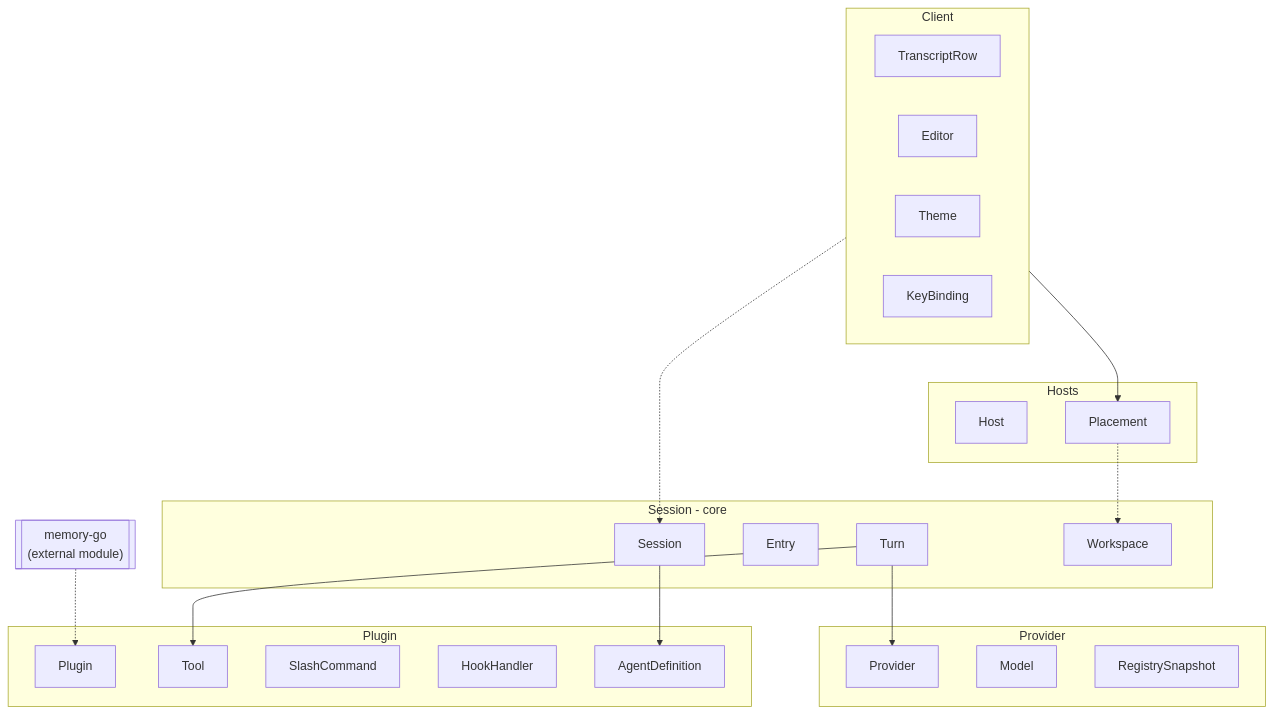
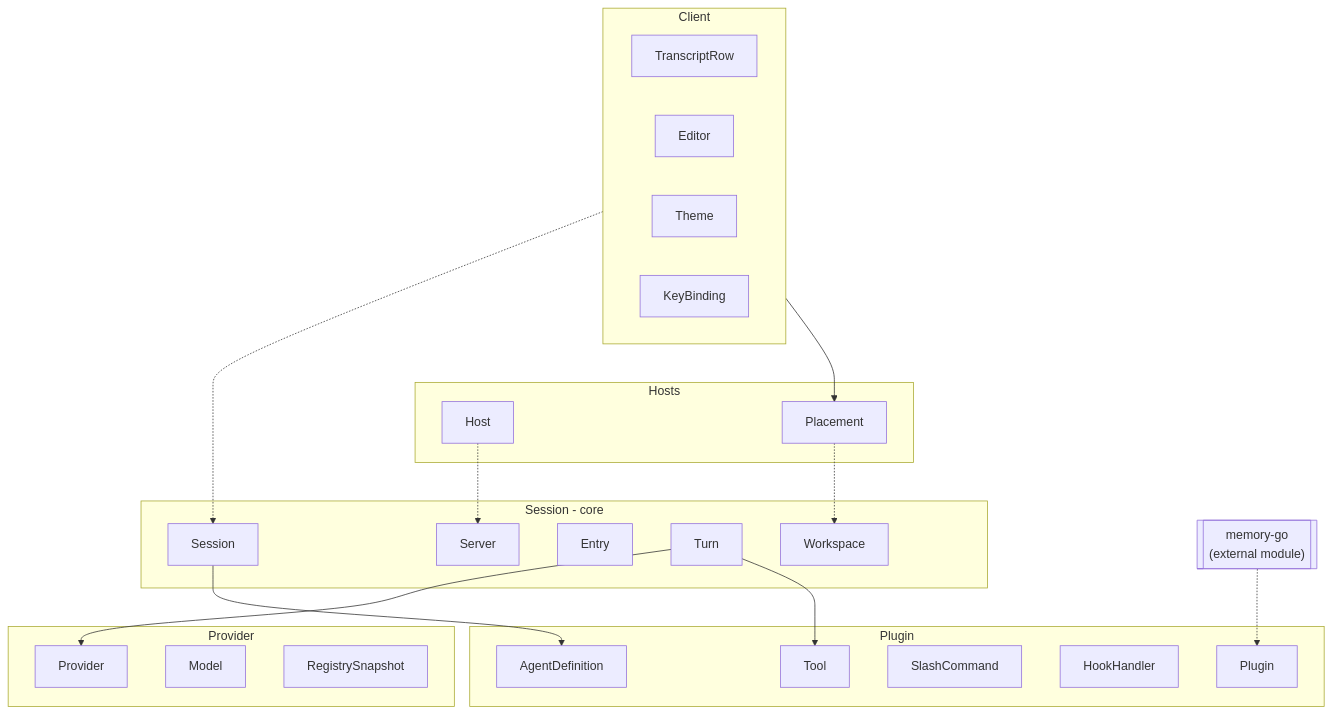
One commit to guygrigsby/rudy changed the first of 8 diagrams in docs/specs/rudy-domain-model.md. Above: the diagram before and after it, drawn with Mermaid. The commit also changed other lines of this file and 5 other files, not shown here.

````diff
--- a/docs/specs/rudy-domain-model.md
+++ b/docs/specs/rudy-domain-model.md
@@ -7,38 +7,40 @@
 ```mermaid
 flowchart TB
     subgraph SC["Session - core"]
+        Server
         Session
         Entry
         Turn
         Workspace
     end
     subgraph PC["Provider"]
         Provider
         Model
         RegistrySnapshot
     end
     subgraph PL["Plugin"]
         Plugin
         Tool
         SlashCommand
         HookHandler
         AgentDefinition
     end
     subgraph CL["Client"]
         TranscriptRow
         Editor
         Theme
         KeyBinding
     end
     subgraph HO["Hosts"]
         Host
         Placement
     end
     CL -.-> Session
     CL --> Placement
+    Host -.-> Server
     Placement -.-> Workspace
     MEM[["memory-go<br/>(external module)"]] -.-> Plugin
     Turn --> Provider
     Turn --> Tool
     Session --> AgentDefinition
 ```
````
